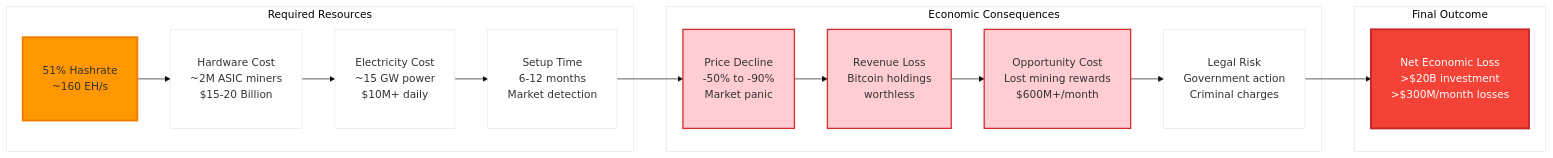
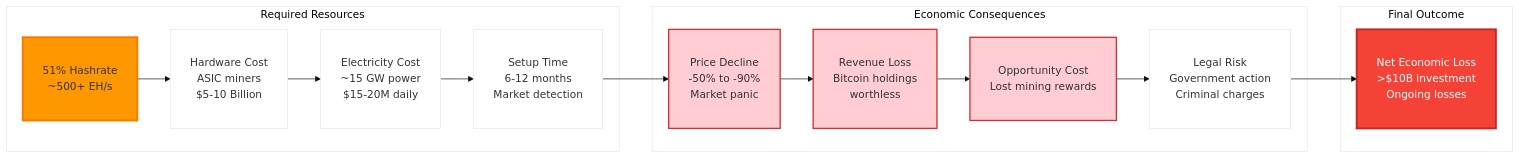
One commit to shapkarin/shapkarin.me changed diagram 11 of 24 in public/api/articles/byzantine-fault-tolerance.md. Above: the diagram before and after it, drawn with Mermaid. The commit also changed other lines of this file, not shown here.

````diff
--- a/public/api/articles/byzantine-fault-tolerance.md
+++ b/public/api/articles/byzantine-fault-tolerance.md
@@ -679,36 +679,36 @@
 ```mermaid
 %%{init: {'theme':'base', 'themeVariables': {'primaryColor':'#ffffff', 'fontSize':'16px'}}}%%
 graph LR
     subgraph "Required Resources"
-        HR["<br/>51% Hashrate<br/>~160 EH/s<br/><br/>"]
-        HW["<br/>Hardware Cost<br/>~2M ASIC miners<br/>$15-20 Billion<br/><br/>"]
-        EC["<br/>Electricity Cost<br/>~15 GW power<br/>$10M+ daily<br/><br/>"]
+        HR["<br/>51% Hashrate<br/>~500+ EH/s<br/><br/>"]
+        HW["<br/>Hardware Cost<br/>ASIC miners<br/>$5-10 Billion<br/><br/>"]
+        EC["<br/>Electricity Cost<br/>~15 GW power<br/>$15-20M daily<br/><br/>"]
         TIME["<br/>Setup Time<br/>6-12 months<br/>Market detection<br/><br/>"]
     end
     
     subgraph "Economic Consequences"
         PD["<br/>Price Decline<br/>-50% to -90%<br/>Market panic<br/><br/>"]
         REV["<br/>Revenue Loss<br/>Bitcoin holdings<br/>worthless<br/><br/>"]
-        OC["<br/>Opportunity Cost<br/>Lost mining rewards<br/>$600M+/month<br/><br/>"]
+        OC["<br/>Opportunity Cost<br/>Lost mining rewards<br/><br/>"]
         LEG["<br/>Legal Risk<br/>Government action<br/>Criminal charges<br/><br/>"]
     end
     
     subgraph "Final Outcome"
-        LOSS["<br/>Net Economic Loss<br/>>$20B investment<br/>>$300M/month losses<br/><br/>"]
+        LOSS["<br/>Net Economic Loss<br/>>$10B investment<br/>Ongoing losses<br/><br/>"]
     end
     
     HR --> HW
     HW --> EC
     EC --> TIME
     TIME --> PD
     PD --> REV
     REV --> OC
     OC --> LEG
     LEG --> LOSS
     
     style HR fill:#ff9800,stroke:#f57c00,stroke-width:3px
     style LOSS fill:#f44336,stroke:#c62828,stroke-width:3px,color:#ffffff
     style PD fill:#ffcdd2,stroke:#d32f2f,stroke-width:2px
     style REV fill:#ffcdd2,stroke:#d32f2f,stroke-width:2px
     style OC fill:#ffcdd2,stroke:#d32f2f,stroke-width:2px
 ```
````
